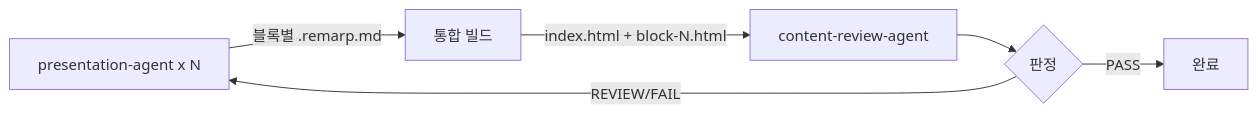
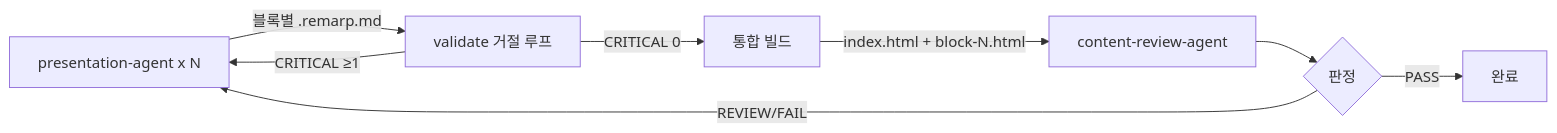
One commit to Atom-oh/oh-my-cloud-skills changed the first of 6 diagrams in docs/docs/aws-content-plugin/overview.md. Above: the diagram before and after it, drawn with Mermaid. The commit also changed other lines of this file and 18 other files, not shown here.

````diff
--- a/docs/docs/aws-content-plugin/overview.md
+++ b/docs/docs/aws-content-plugin/overview.md
@@ -39,8 +40,10 @@
 ```mermaid
 flowchart LR
-    A[presentation-agent x N] -->|블록별 .remarp.md| B[통합 빌드]
+    A[presentation-agent x N] -->|블록별 .remarp.md| V[validate 거절 루프]
+    V -->|CRITICAL 0| B[통합 빌드]
+    V -->|CRITICAL ≥1| A
     B -->|index.html + block-N.html| C[content-review-agent]
     C --> D{판정}
     D -->|PASS| E[완료]
     D -->|REVIEW/FAIL| A
 ```
````
